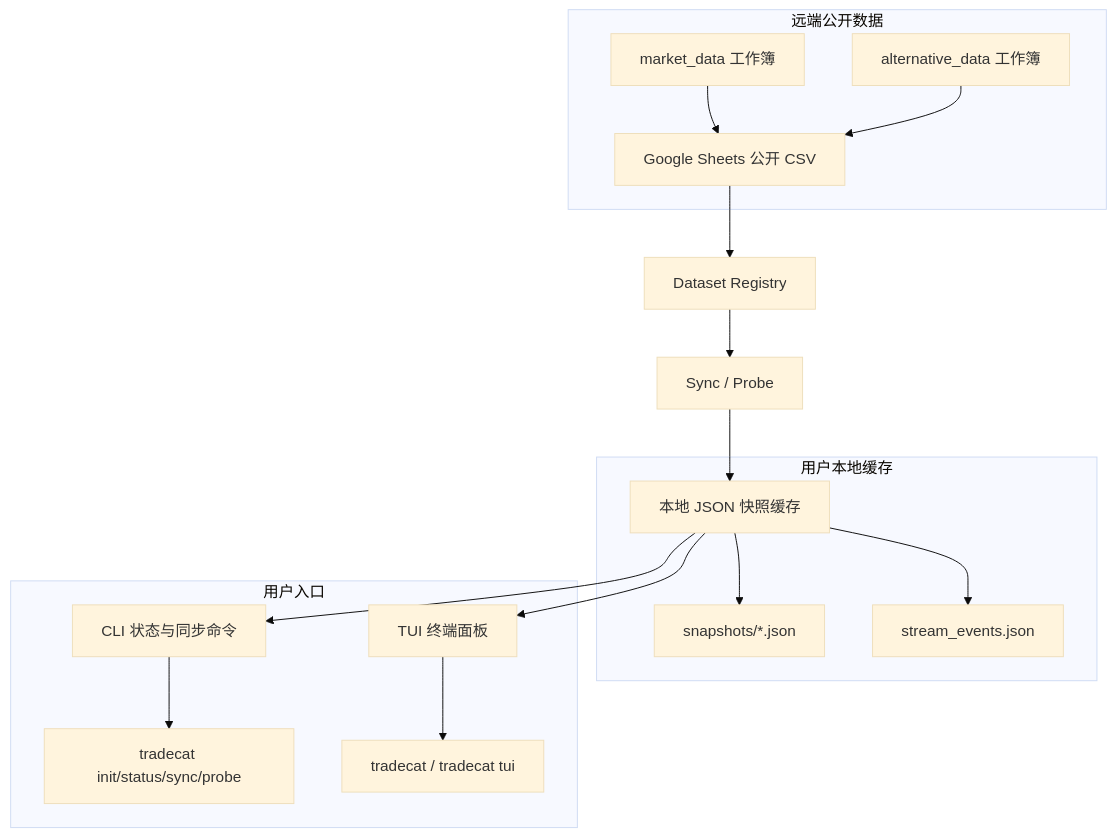
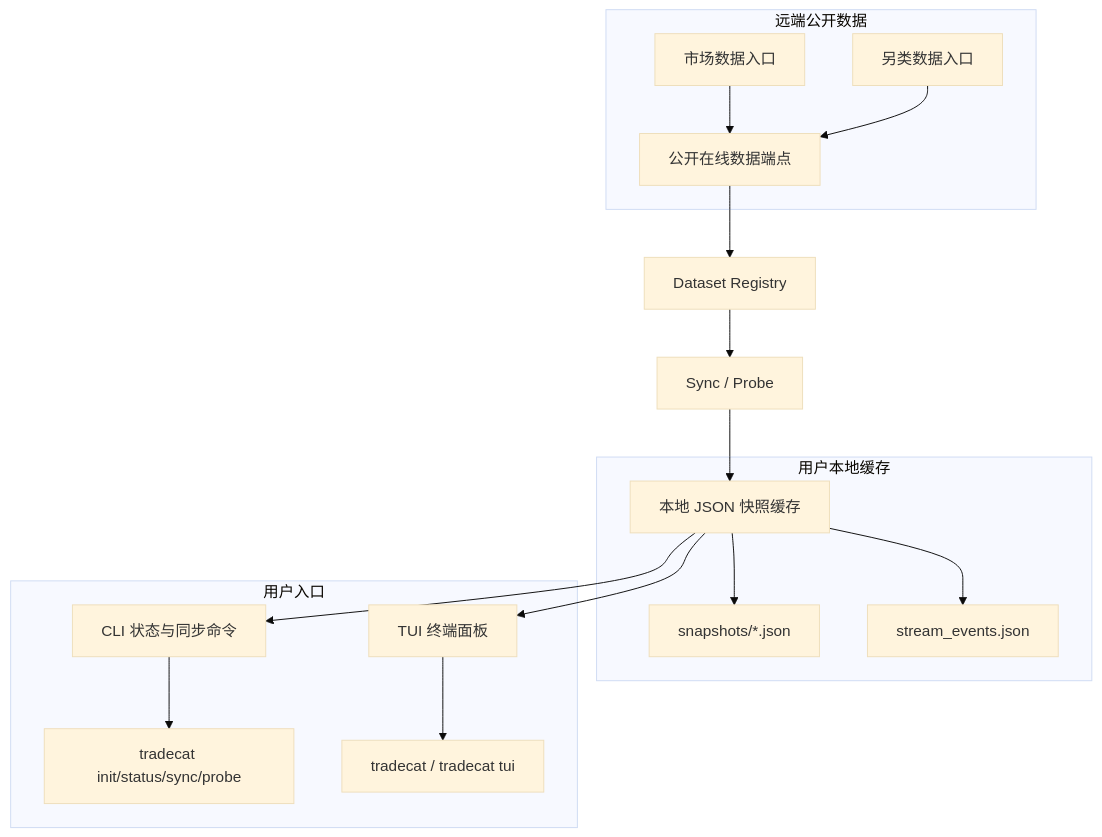
Before and after one commit to TbK0ng/tradecat: the diagram in README.md, drawn with Mermaid (base theme). The commit also changed other lines of this file, not shown here.

````diff
--- a/README.md
+++ b/README.md
@@ -58,29 +59,29 @@
 ```mermaid
 flowchart TD
-    A[Google Sheets 公开 CSV] --> B[Dataset Registry]
+    A[公开在线数据端点] --> B[Dataset Registry]
     B --> C[Sync / Probe]
     C --> D[本地 JSON 快照缓存]
     D --> E[CLI 状态与同步命令]
     D --> F[TUI 终端面板]
 
     subgraph Remote[远端公开数据]
-        A1[market_data 工作簿]
-        A2[alternative_data 工作簿]
+        A1[市场数据入口]
+        A2[另类数据入口]
         A1 --> A
         A2 --> A
     end
 
     subgraph Cache[用户本地缓存]
         D1[snapshots/*.json]
         D2[stream_events.json]
         D --> D1
         D --> D2
     end
 
     subgraph Interface[用户入口]
         E1[tradecat init/status/sync/probe]
         F1[tradecat / tradecat tui]
         E --> E1
         F --> F1
     end
 ```
````
